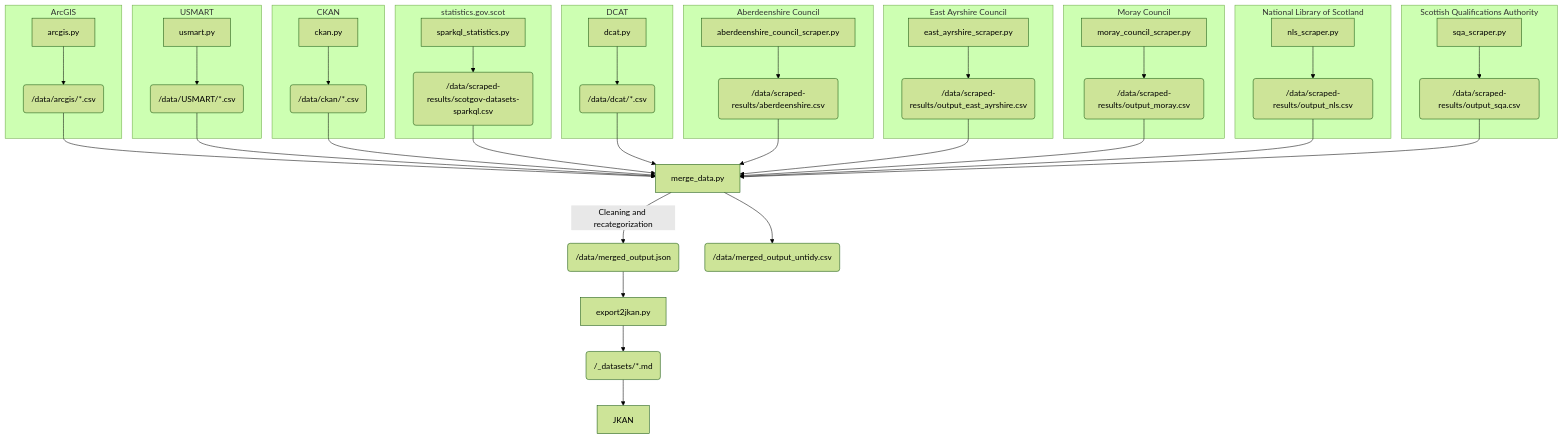
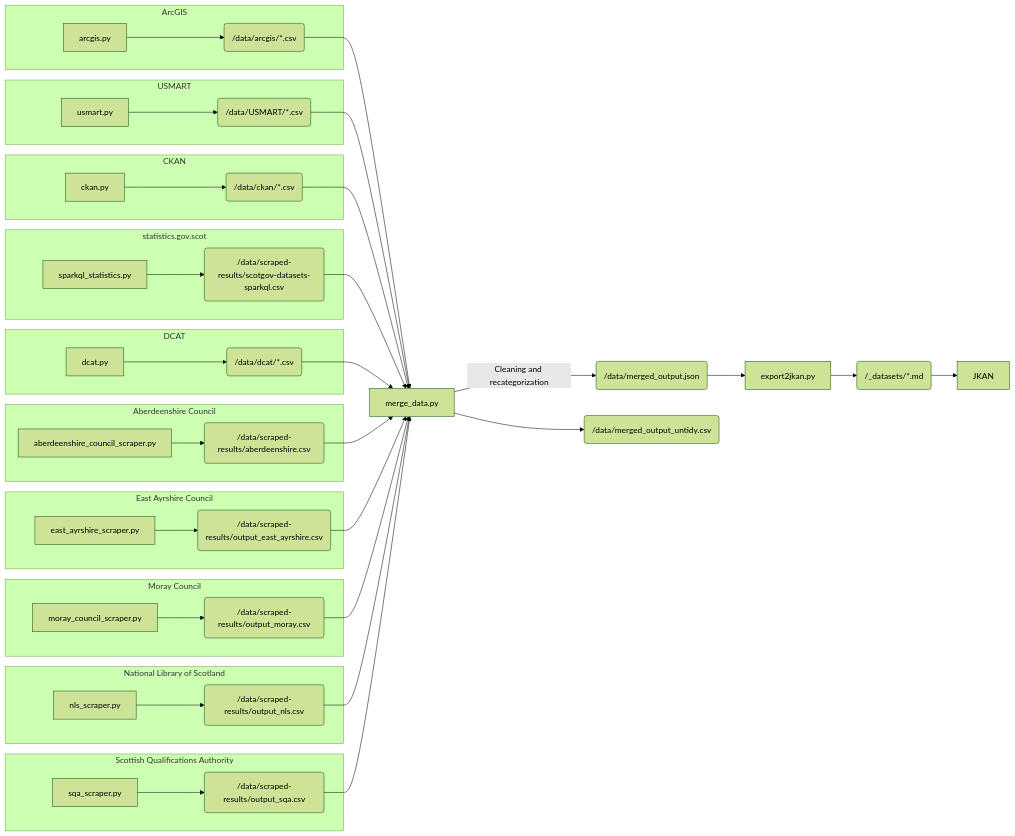
Before and after one commit to OpenDataScotland/opendata.scot_docs: the diagram in docs/architecture/architecture.md, drawn with Mermaid (forest theme).

Commit message:
Change chart to go left to right instead of top down
Dunno why we didn't do this sooner... Looks much better!

````diff
--- a/docs/architecture/architecture.md
+++ b/docs/architecture/architecture.md
@@ -6,48 +6,48 @@
 ```mermaid
-graph TD
+graph LR
     subgraph ArcGIS
     arcgis1[arcgis.py] --> arcgis2(/data/arcgis/*.csv)
     end
     subgraph USMART
     usmart1[usmart.py] --> usmart2(/data/USMART/*.csv)
     end
     subgraph CKAN
     ckan1[ckan.py] --> ckan2(/data/ckan/*.csv)
     end
     subgraph statistics.gov.scot
     stats1[sparkql_statistics.py] --> stats2(/data/scraped-results/scotgov-datasets-sparkql.csv)
     end
     subgraph DCAT
     dcat1[dcat.py] --> dcat2(/data/dcat/*.csv)
     end
     subgraph Aberdeenshire Council
     abdn1[aberdeenshire_council_scraper.py] --> abdn2(/data/scraped-results/aberdeenshire.csv)
     end
     subgraph East Ayrshire Council
     ea1[east_ayrshire_scraper.py] --> ea2(/data/scraped-results/output_east_ayrshire.csv)
     end
     subgraph Moray Council
     moray1[moray_council_scraper.py] --> moray2(/data/scraped-results/output_moray.csv)
     end
     subgraph National Library of Scotland
     nls1[nls_scraper.py] --> nls2(/data/scraped-results/output_nls.csv)
     end
     subgraph Scottish Qualifications Authority
     sqa1[sqa_scraper.py] --> sqa2(/data/scraped-results/output_sqa.csv)
     end
     arcgis2 --> merge
     usmart2 --> merge
     ckan2 --> merge
     stats2 --> merge
     dcat2 --> merge
     abdn2 --> merge
     ea2 --> merge
     moray2 --> merge
     nls2 --> merge
     sqa2 --> merge
     merge[merge_data.py] --Cleaning and recategorization--> merge1(/data/merged_output.json)
     merge --> merge2(/data/merged_output_untidy.csv)
     merge1 --> export[export2jkan.py]
     export --> jkan1(/_datasets/*.md)
     jkan1 --> jkan2[JKAN]
 ```
````
